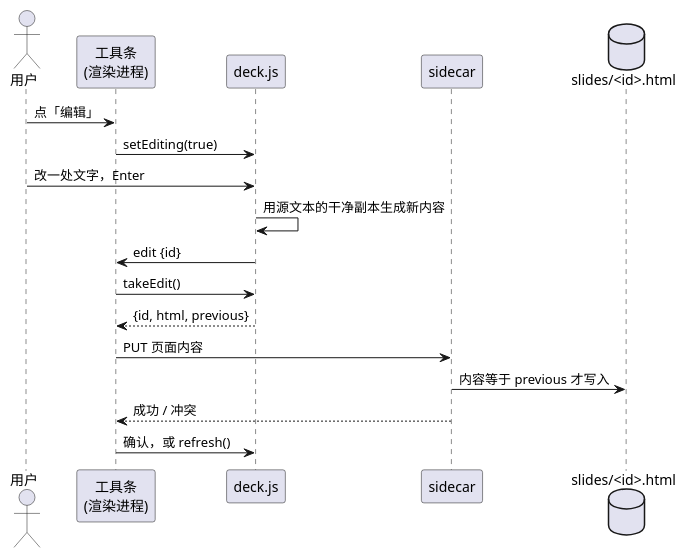
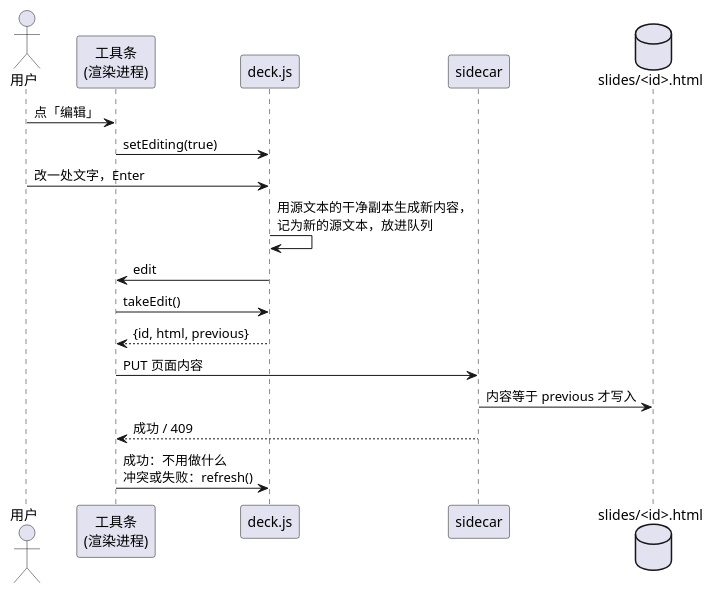
The second of 2 diagrams in docs/features/slides/tech-design.md (GoDiao/dreamcoder), drawn with PlantUML before and after one commit. The commit also changed other lines of this file and 74 other files, not shown here.

````diff
--- a/docs/features/slides/tech-design.md
+++ b/docs/features/slides/tech-design.md
@@ -478,21 +491,21 @@
 ```plantuml
 @startuml
 actor 用户
 participant "工具条\n(渲染进程)" as R
 participant "deck.js" as S
 participant "sidecar" as V
 database "slides/<id>.html" as F
 
 用户 -> R : 点「编辑」
 R -> S : setEditing(true)
 用户 -> S : 改一处文字，Enter
-S -> S : 用源文本的干净副本生成新内容
-S -> R : edit {id}
+S -> S : 用源文本的干净副本生成新内容，\n记为新的源文本，放进队列
+S -> R : edit
 R -> S : takeEdit()
 S --> R : {id, html, previous}
 R -> V : PUT 页面内容
 V -> F : 内容等于 previous 才写入
-V --> R : 成功 / 冲突
-R -> S : 确认，或 refresh()
+V --> R : 成功 / 409
+R -> S : 成功：不用做什么\n冲突或失败：refresh()
 @enduml
 ```
````
